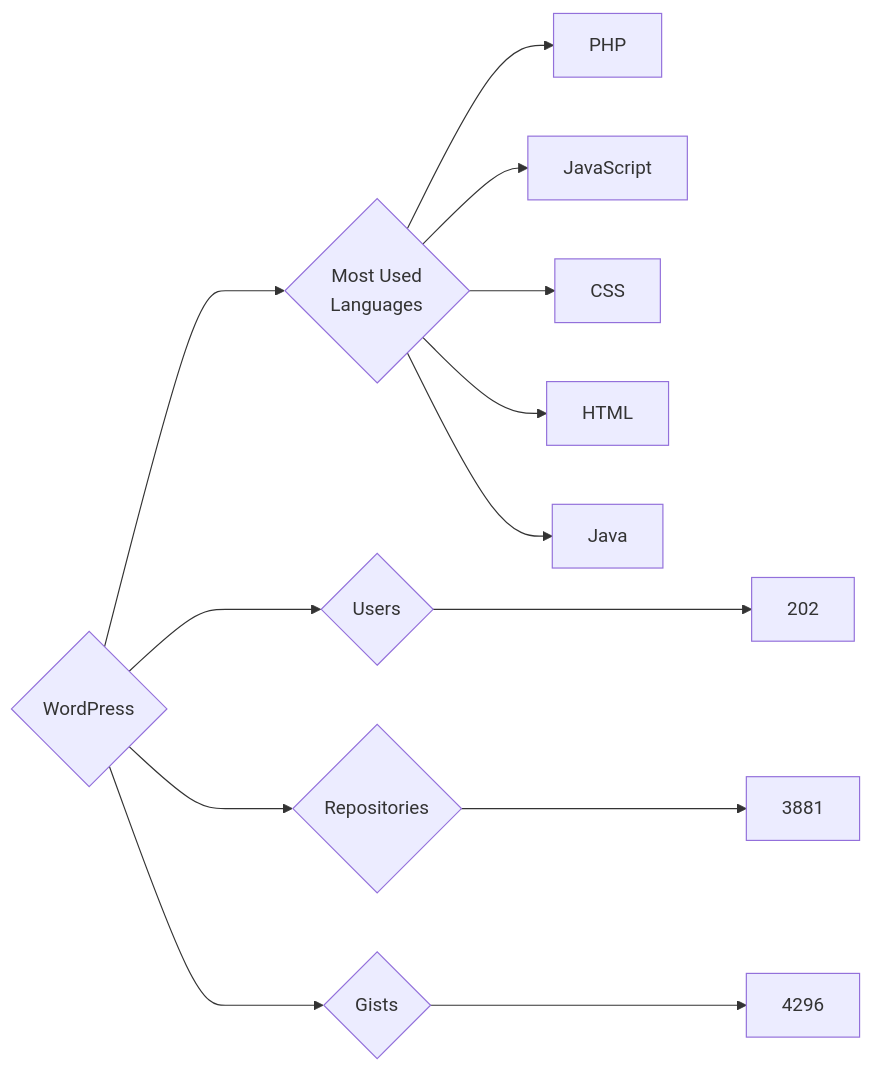
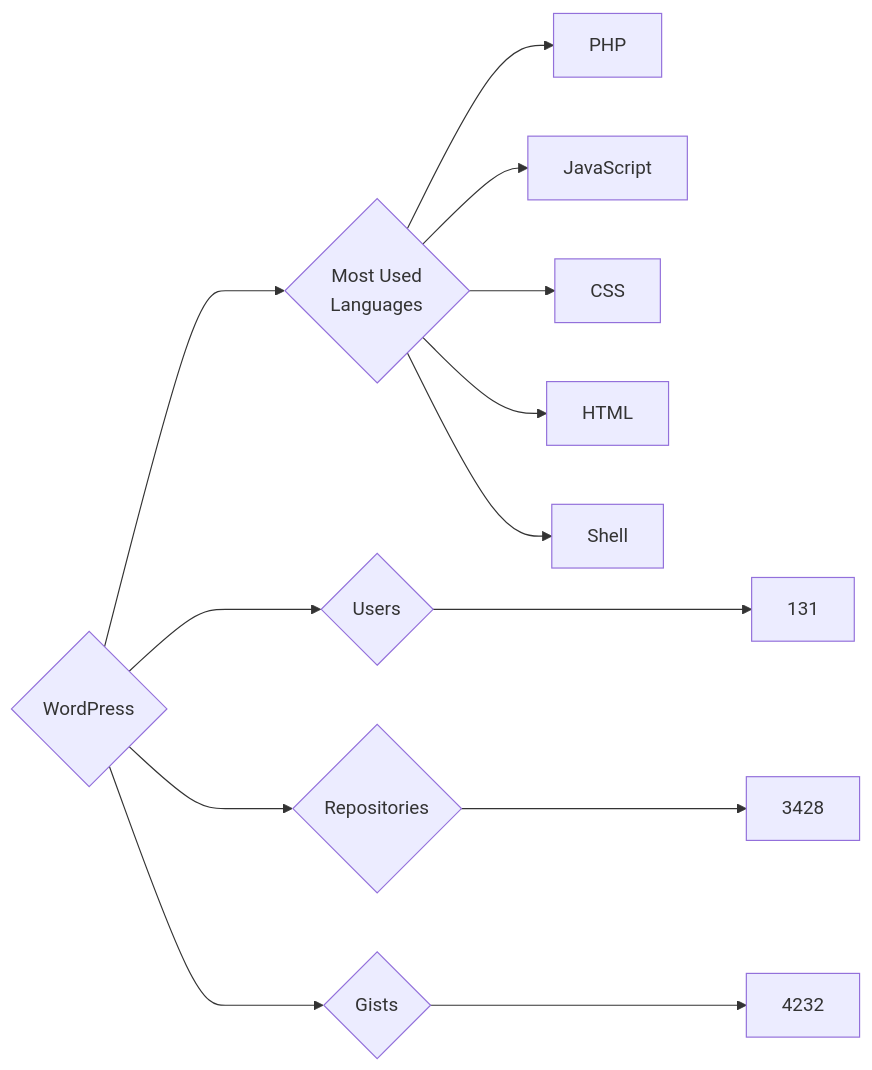
Before and after one commit to trickest/insiders: the diagram in targets/WordPress/README.md, drawn with Mermaid. The commit also changed 973 other files, not shown here.

````diff
--- a/targets/WordPress/README.md
+++ b/targets/WordPress/README.md
@@ -3,13 +3,13 @@
 ```mermaid
 graph LR
 COMPANY_NAME{WordPress}
-COMPANY_NAME ---> U{Users} ---> UN[202]
-COMPANY_NAME ---> R{Repositories} ---> RN[3881]
-COMPANY_NAME ---> G{Gists} ---> GN[4296]
+COMPANY_NAME ---> U{Users} ---> UN[131]
+COMPANY_NAME ---> R{Repositories} ---> RN[3428]
+COMPANY_NAME ---> G{Gists} ---> GN[4232]
 COMPANY_NAME ---> ML{Most Used<br>Languages}
 ML --> PHP[PHP]
 ML --> JavaScript[JavaScript]
 ML --> CSS[CSS]
 ML --> HTML[HTML]
-ML --> Java[Java]
+ML --> Shell[Shell]
 ```
````
